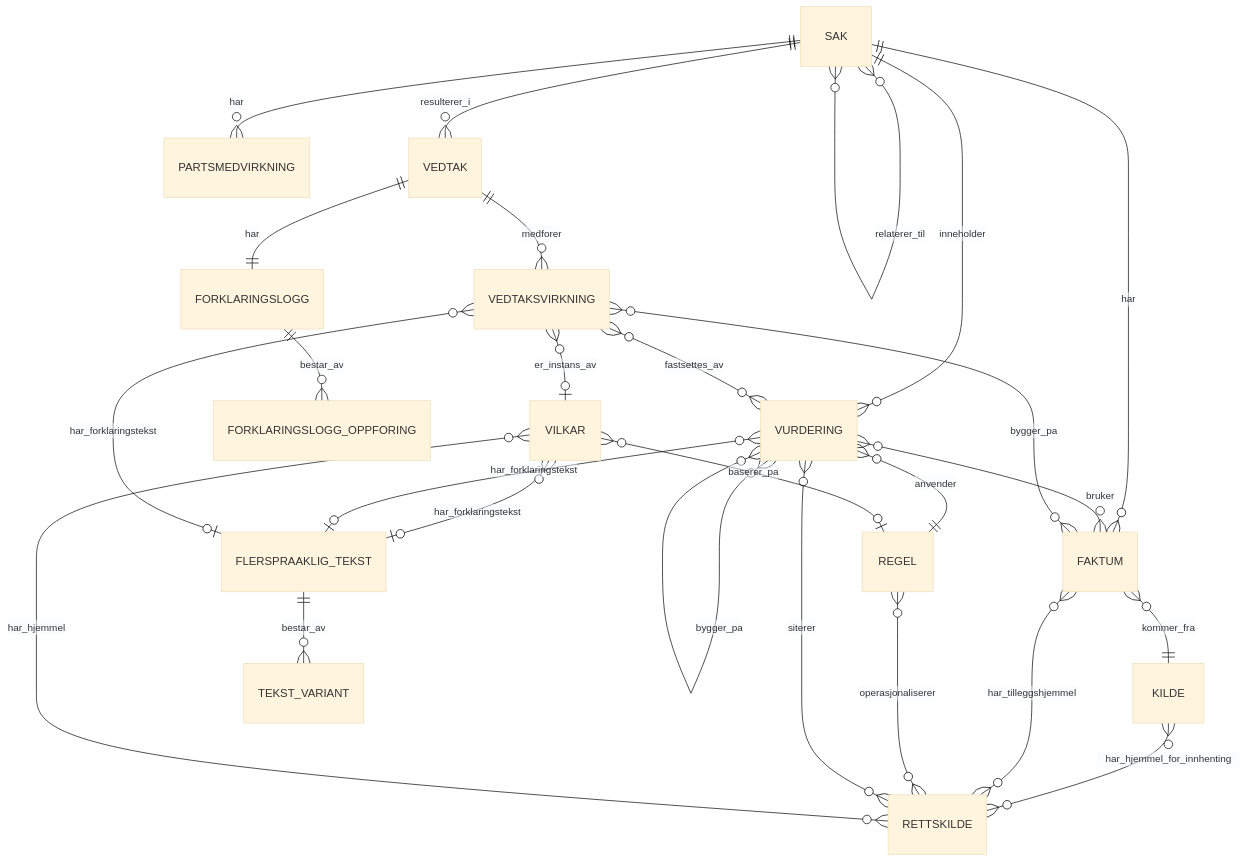
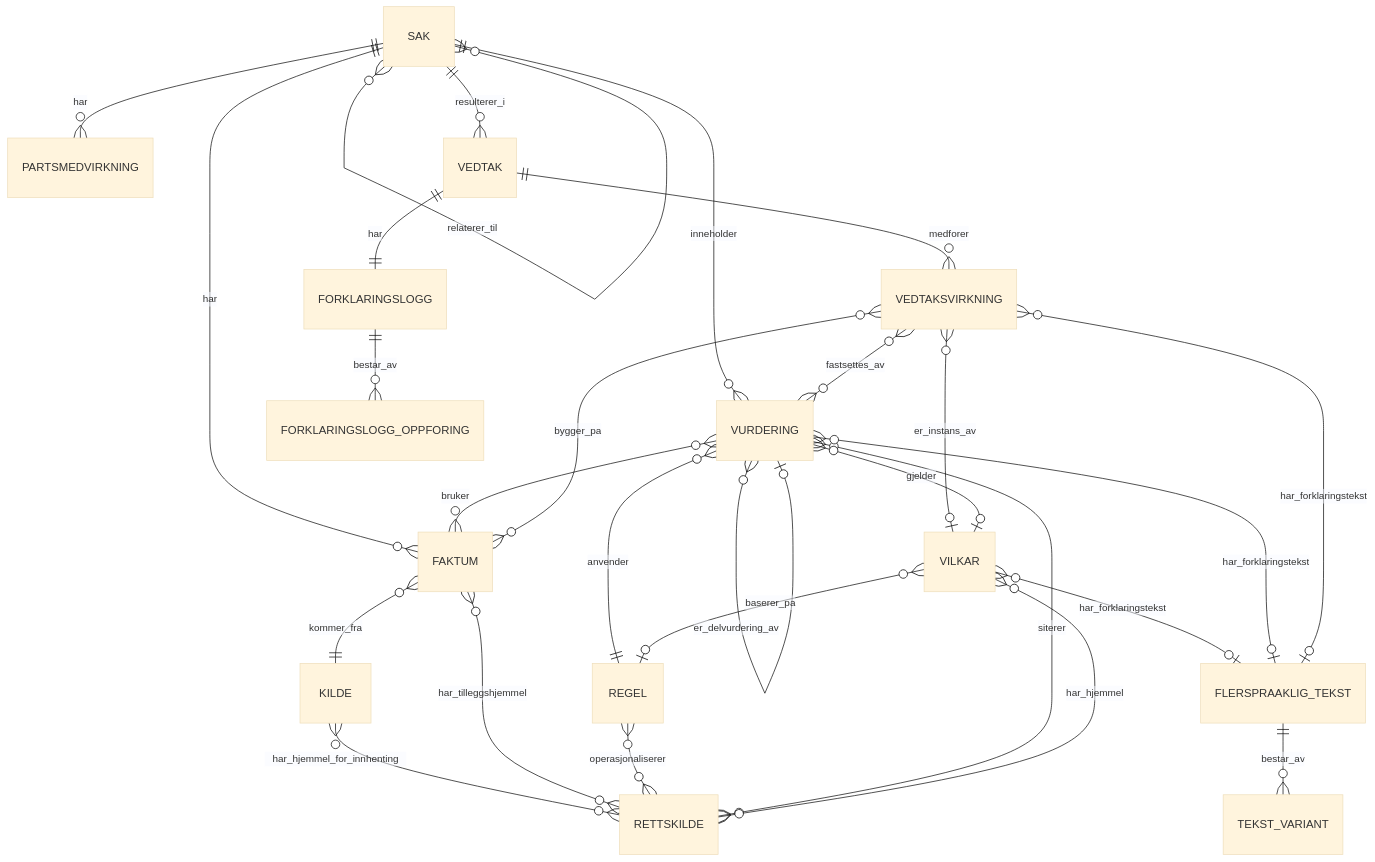
The diagram in docs/api-spesifikasjon-forklaringsmodell.md (FinnurO/forklaringsmodell-api), drawn with Mermaid (base theme) before and after one commit. The commit also changed other lines of this file and 11 other files, not shown here.

````diff
--- a/docs/api-spesifikasjon-forklaringsmodell.md
+++ b/docs/api-spesifikasjon-forklaringsmodell.md
@@ -11,28 +11,30 @@
 ```mermaid
 erDiagram
   SAK ||--o{ FAKTUM : har
   SAK ||--o{ PARTSMEDVIRKNING : har
   SAK ||--o{ VURDERING : inneholder
   SAK ||--o{ VEDTAK : resulterer_i
   FAKTUM }o--|| KILDE : kommer_fra
   KILDE }o--o{ RETTSKILDE : har_hjemmel_for_innhenting
   FAKTUM }o--o{ RETTSKILDE : har_tilleggshjemmel
   VURDERING }o--o{ FAKTUM : bruker
   VURDERING }o--|| REGEL : anvender
   REGEL }o--o{ RETTSKILDE : operasjonaliserer
   VURDERING }o--o{ RETTSKILDE : siterer
   VEDTAK ||--|| FORKLARINGSLOGG : har
   FORKLARINGSLOGG ||--o{ FORKLARINGSLOGG_OPPFORING : bestar_av
   VEDTAK ||--o{ VEDTAKSVIRKNING : medforer
   VEDTAKSVIRKNING }o--o{ VURDERING : fastsettes_av
   VEDTAKSVIRKNING }o--o{ FAKTUM : bygger_pa
   VEDTAKSVIRKNING }o--o| VILKAR : er_instans_av
   VILKAR }o--o{ RETTSKILDE : har_hjemmel
   VILKAR }o--o| REGEL : baserer_pa
   SAK }o--o{ SAK : relaterer_til
   VURDERING }o--o{ VURDERING : bygger_pa
+  VURDERING }o--o| VURDERING : er_delvurdering_av
+  VURDERING }o--o| VILKAR : gjelder
   VILKAR }o--o| FLERSPRAAKLIG_TEKST : har_forklaringstekst
   VURDERING }o--o| FLERSPRAAKLIG_TEKST : har_forklaringstekst
   VEDTAKSVIRKNING }o--o| FLERSPRAAKLIG_TEKST : har_forklaringstekst
   FLERSPRAAKLIG_TEKST ||--o{ TEKST_VARIANT : bestar_av
 ```
````
